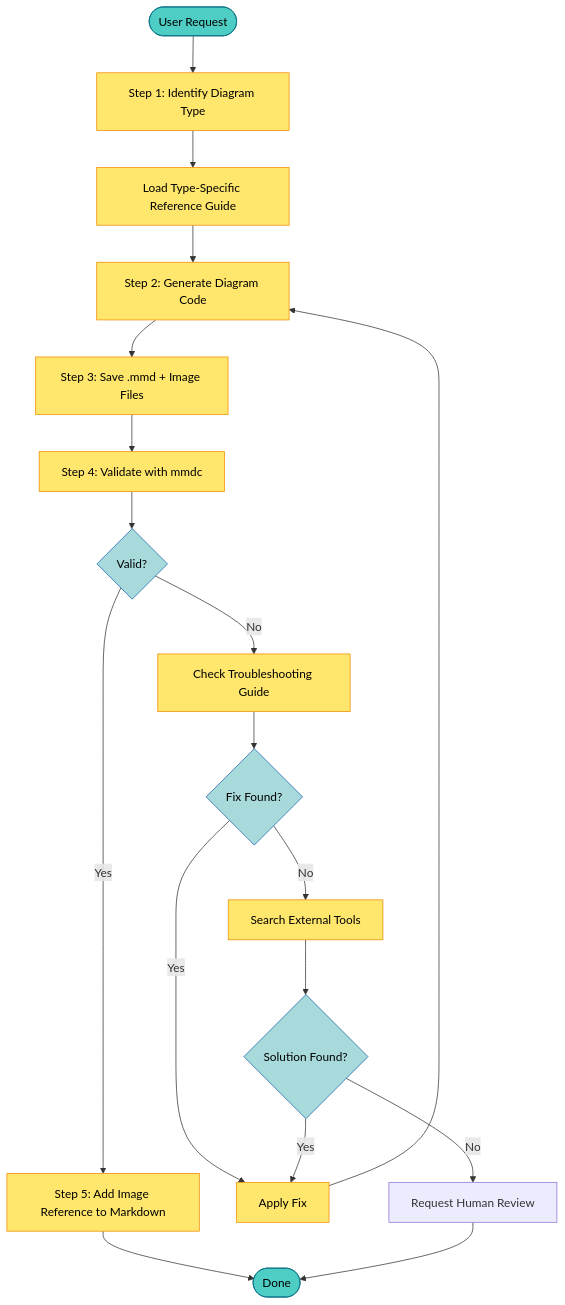
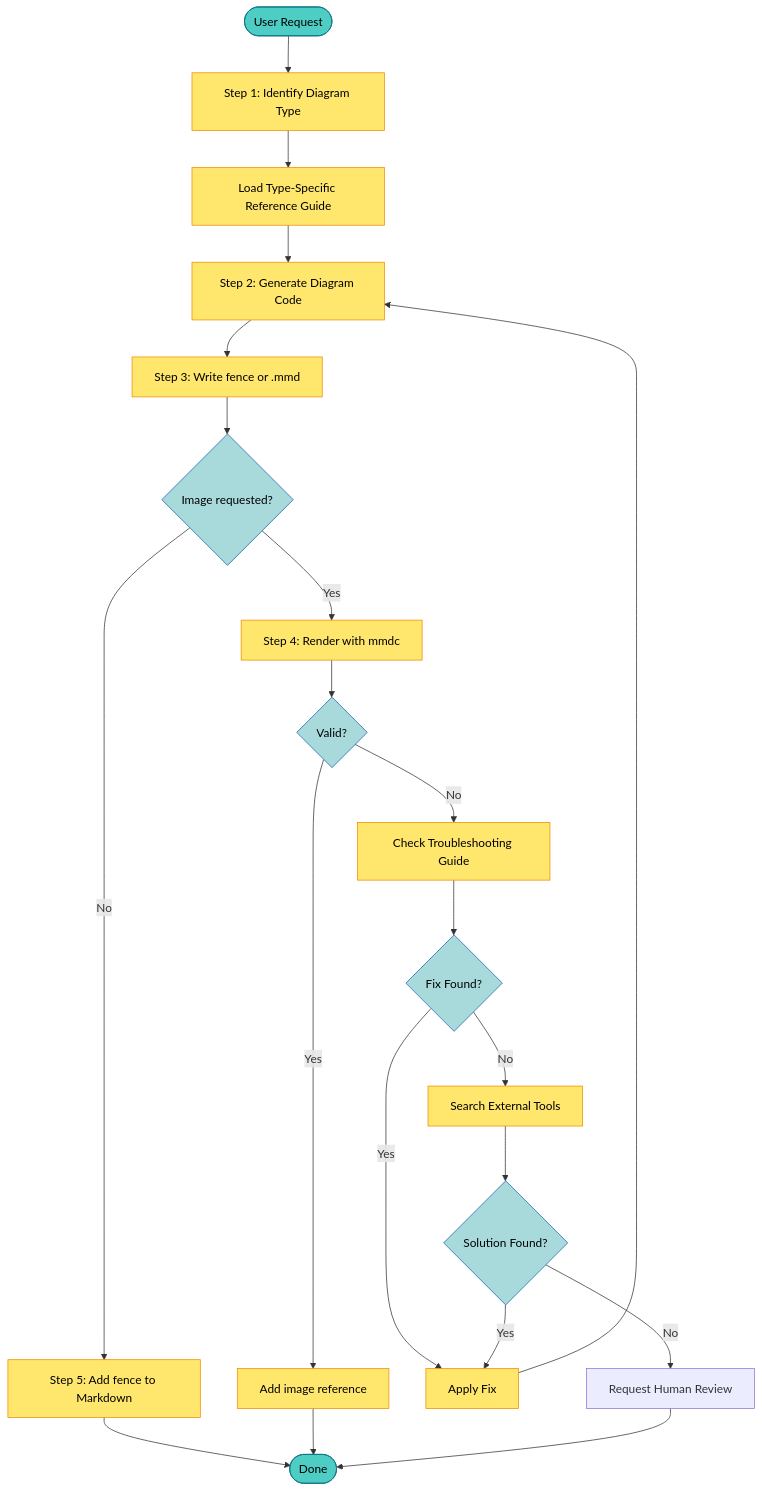
One commit to wuhonglei/chat-agent changed the first of 4 diagrams in backend/skills/public/design-doc-mermaid/references/guides/resilient-workflow.md. Above: the diagram before and after it, drawn with Mermaid. The commit also changed other lines of this file and 2 other files, not shown here.

Commit message:
feat: 更新 Mermaid 文档，明确图表生成和导出规则，仅在用户请求时生成 PNG/SVG

````diff
--- a/backend/skills/public/design-doc-mermaid/references/guides/resilient-workflow.md
+++ b/backend/skills/public/design-doc-mermaid/references/guides/resilient-workflow.md
@@ -36,34 +40,37 @@
 ```mermaid
 flowchart TD
     Start([User Request]) --> Type[Step 1: Identify Diagram Type]
     Type --> Reference[Load Type-Specific Reference Guide]
     Reference --> Generate[Step 2: Generate Diagram Code]
-    Generate --> Save[Step 3: Save .mmd + Image Files]
-    Save --> Validate[Step 4: Validate with mmdc]
+    Generate --> Save[Step 3: Write fence or .mmd]
+    Save --> Image{Image requested?}
+    Image -->|No| AddFence[Step 5: Add fence to Markdown]
+    Image -->|Yes| Validate[Step 4: Render with mmdc]
     Validate --> Success{Valid?}
 
-    Success -->|Yes| AddRef[Step 5: Add Image Reference to Markdown]
+    Success -->|Yes| AddRef[Add image reference]
     Success -->|No| Troubleshoot[Check Troubleshooting Guide]
 
     Troubleshoot --> Found{Fix Found?}
     Found -->|Yes| Apply[Apply Fix]
     Apply --> Generate
 
     Found -->|No| Search[Search External Tools]
     Search --> SearchResult{Solution Found?}
     SearchResult -->|Yes| Apply
     SearchResult -->|No| Manual[Request Human Review]
 
-    AddRef --> Complete([Done])
+    AddFence --> Complete([Done])
+    AddRef --> Complete
     Manual --> Complete
 
     classDef start fill:#4ECDC4,stroke:#0B7285,color:#000
     classDef process fill:#FFE66D,stroke:#F08C00,color:#000
     classDef decision fill:#A8DADC,stroke:#1864AB,color:#000
     classDef success fill:#95D5B2,stroke:#2D6A4F,color:#000
     classDef error fill:#E63946,stroke:#9D0208,color:#fff
 
     class Start,Complete start
-    class Type,Reference,Generate,Save,Validate,AddRef,Apply,Troubleshoot,Search process
-    class Success,Found,SearchResult decision
+    class Type,Reference,Generate,Save,Validate,AddFence,AddRef,Apply,Troubleshoot,Search process
+    class Image,Success,Found,SearchResult decision
 ```
````
